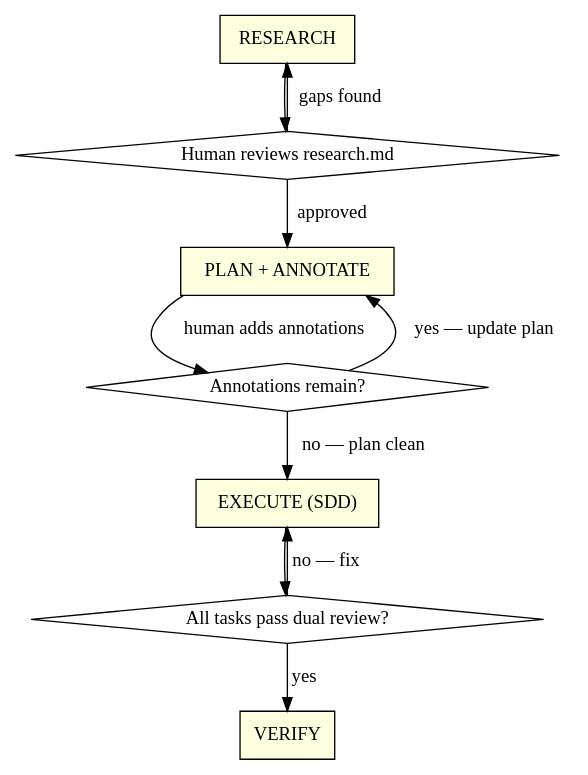
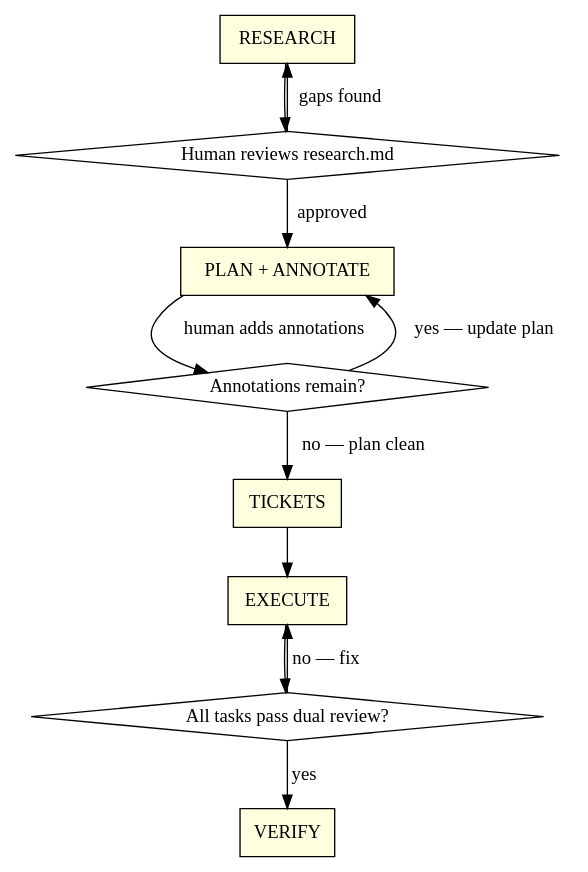
Before and after one commit to noellch/noel-claude-code-marketplace: the second of 2 diagrams in plugins/nl-research-plan-execute/skills/research-plan-execute/SKILL.md, drawn with Graphviz. The commit also changed other lines of this file and 1 other file, not shown here.

First line of the commit message:
feat(nl-research-plan-execute): rewire pipeline to nl-* skills, add TICKETS phase

````diff
--- a/plugins/nl-research-plan-execute/skills/research-plan-execute/SKILL.md
+++ b/plugins/nl-research-plan-execute/skills/research-plan-execute/SKILL.md
@@ -33,24 +33,26 @@
 ```dot
 digraph phases {
     rankdir=TB;
 
     "RESEARCH" [shape=box style=filled fillcolor=lightyellow];
     "PLAN + ANNOTATE" [shape=box style=filled fillcolor=lightyellow];
-    "EXECUTE (SDD)" [shape=box style=filled fillcolor=lightyellow];
+    "TICKETS" [shape=box style=filled fillcolor=lightyellow];
+    "EXECUTE" [shape=box style=filled fillcolor=lightyellow];
     "VERIFY" [shape=box style=filled fillcolor=lightyellow];
 
     "Human reviews research.md" [shape=diamond];
     "Annotations remain?" [shape=diamond];
     "All tasks pass dual review?" [shape=diamond];
 
     "RESEARCH" -> "Human reviews research.md";
     "Human reviews research.md" -> "PLAN + ANNOTATE" [label="approved"];
     "Human reviews research.md" -> "RESEARCH" [label="gaps found"];
     "PLAN + ANNOTATE" -> "Annotations remain?" [label="human adds annotations"];
     "Annotations remain?" -> "PLAN + ANNOTATE" [label="yes — update plan"];
-    "Annotations remain?" -> "EXECUTE (SDD)" [label="no — plan clean"];
-    "EXECUTE (SDD)" -> "All tasks pass dual review?";
-    "All tasks pass dual review?" -> "EXECUTE (SDD)" [label="no — fix"];
+    "Annotations remain?" -> "TICKETS" [label="no — plan clean"];
+    "TICKETS" -> "EXECUTE";
+    "EXECUTE" -> "All tasks pass dual review?";
+    "All tasks pass dual review?" -> "EXECUTE" [label="no — fix"];
     "All tasks pass dual review?" -> "VERIFY" [label="yes"];
 }
 ```
````
